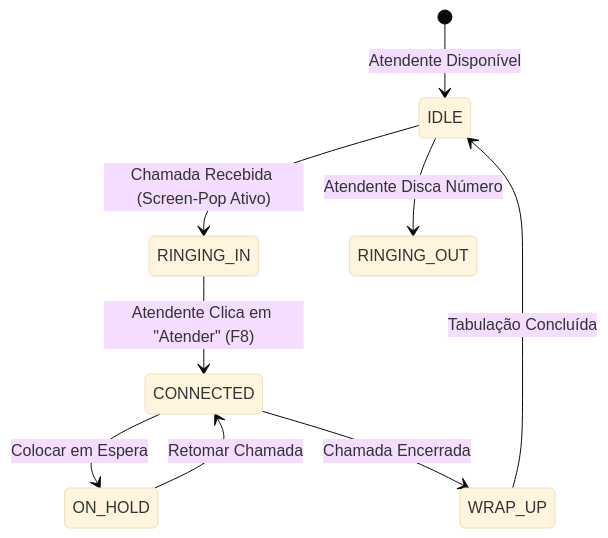
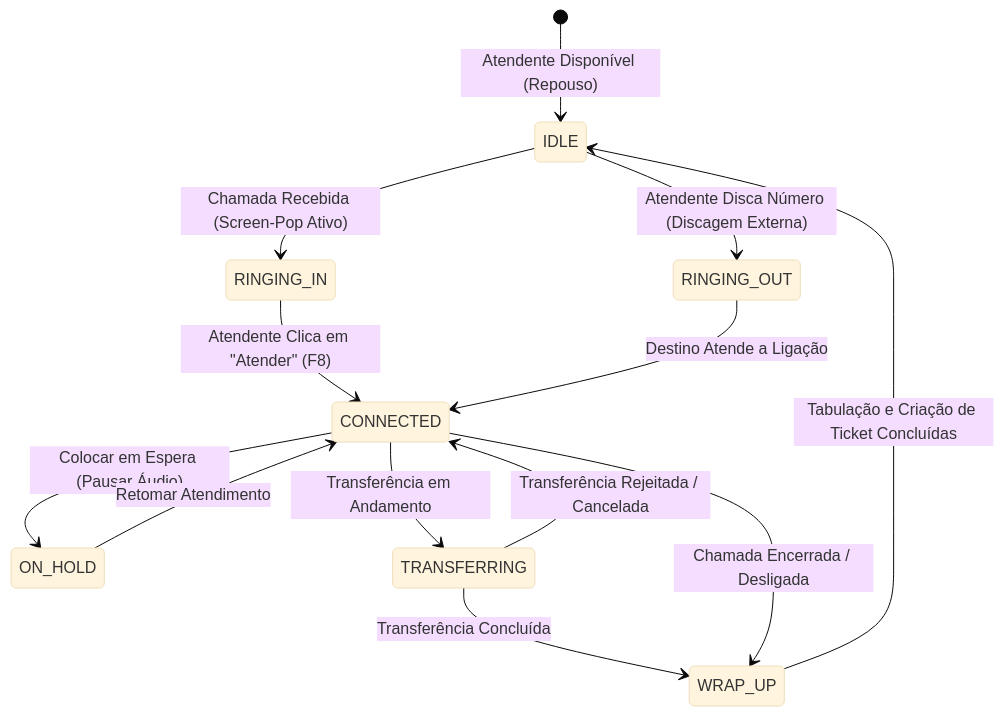
Before and after one commit to neverleans/deskvoice: the diagram in README.md, drawn with Mermaid (base theme). The commit also changed other lines of this file, not shown here.

Commit message:
docs(readme): update system architecture and API documentation for Phase 2

````diff
--- a/README.md
+++ b/README.md
@@ -59,11 +67,15 @@
 ```mermaid
 stateDiagram-v2
-    [*] --> IDLE : Atendente Disponível
+    [*] --> IDLE : Atendente Disponível (Repouso)
     IDLE --> RINGING_IN : Chamada Recebida (Screen-Pop Ativo)
-    IDLE --> RINGING_OUT : Atendente Disca Número
+    IDLE --> RINGING_OUT : Atendente Disca Número (Discagem Externa)
     RINGING_IN --> CONNECTED : Atendente Clica em "Atender" (F8)
-    CONNECTED --> ON_HOLD : Colocar em Espera
-    ON_HOLD --> CONNECTED : Retomar Chamada
-    CONNECTED --> WRAP_UP : Chamada Encerrada
-    WRAP_UP --> IDLE : Tabulação Concluída
+    RINGING_OUT --> CONNECTED : Destino Atende a Ligação
+    CONNECTED --> ON_HOLD : Colocar em Espera (Pausar Áudio)
+    ON_HOLD --> CONNECTED : Retomar Atendimento
+    CONNECTED --> TRANSFERRING : Transferência em Andamento
+    TRANSFERRING --> CONNECTED : Transferência Rejeitada / Cancelada
+    TRANSFERRING --> WRAP_UP : Transferência Concluída
+    CONNECTED --> WRAP_UP : Chamada Encerrada / Desligada
+    WRAP_UP --> IDLE : Tabulação e Criação de Ticket Concluídas
 ```
````
